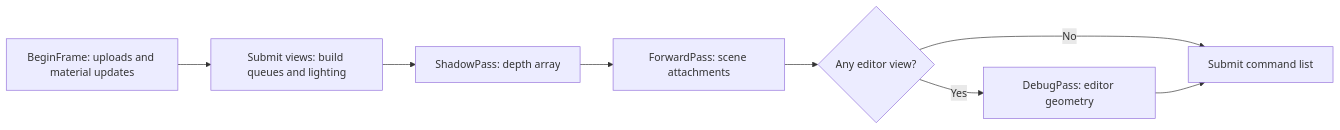
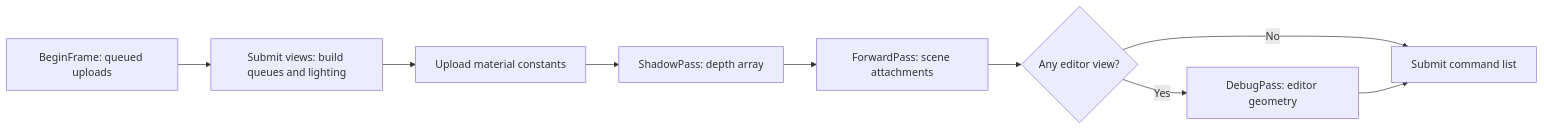
Before and after one commit to JGolaszewski/GrpahicEngine: the diagram in docs/rendering/pipeline.md, drawn with Mermaid. The commit also changed other lines of this file and 2 other files, not shown here.

Commit message:
fix(rendering): upload new material constants before drawing (#155)

````diff
--- a/docs/rendering/pipeline.md
+++ b/docs/rendering/pipeline.md
@@ -18,10 +19,11 @@
 ```mermaid
 flowchart LR
-  Begin[BeginFrame: uploads and material updates] --> Views[Submit views: build queues and lighting]
-  Views --> Shadow[ShadowPass: depth array]
+  Begin[BeginFrame: queued uploads] --> Views[Submit views: build queues and lighting]
+  Views --> Materials[Upload material constants]
+  Materials --> Shadow[ShadowPass: depth array]
   Shadow --> Forward[ForwardPass: scene attachments]
   Forward --> Debug{Any editor view?}
   Debug -->|Yes| Overlay[DebugPass: editor geometry]
   Debug -->|No| Submit[Submit command list]
   Overlay --> Submit
 ```
````
